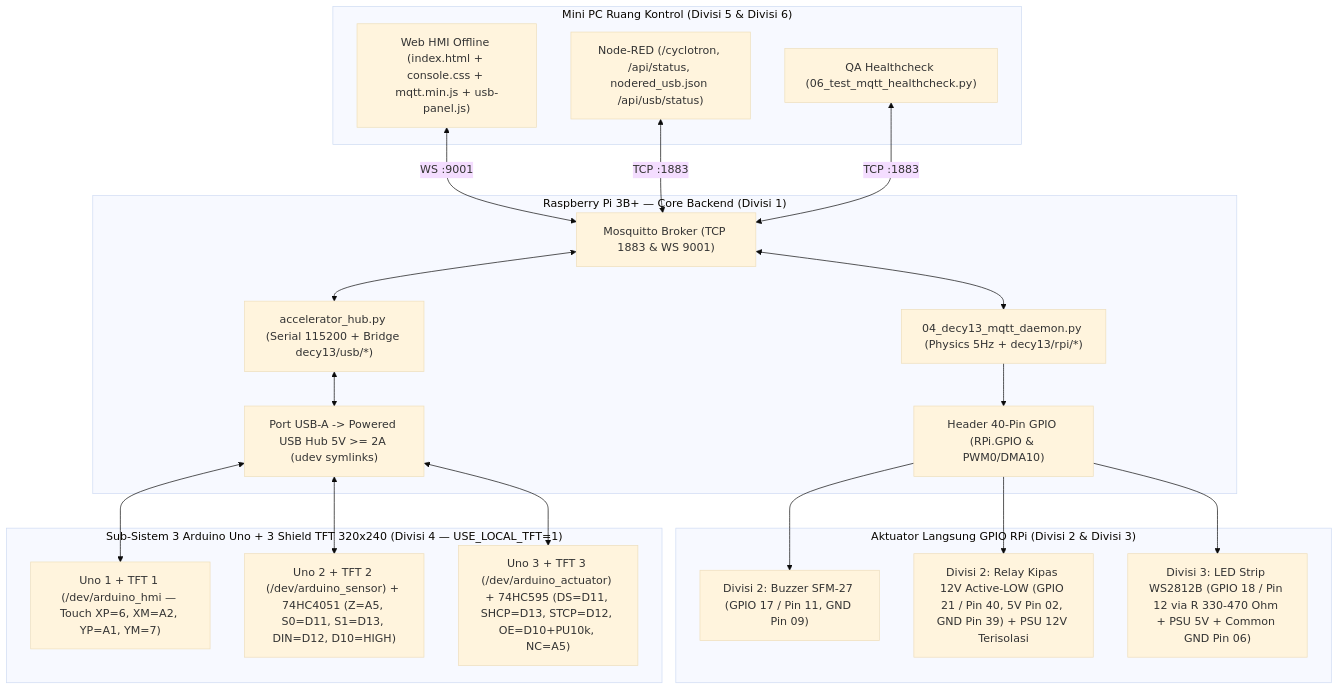
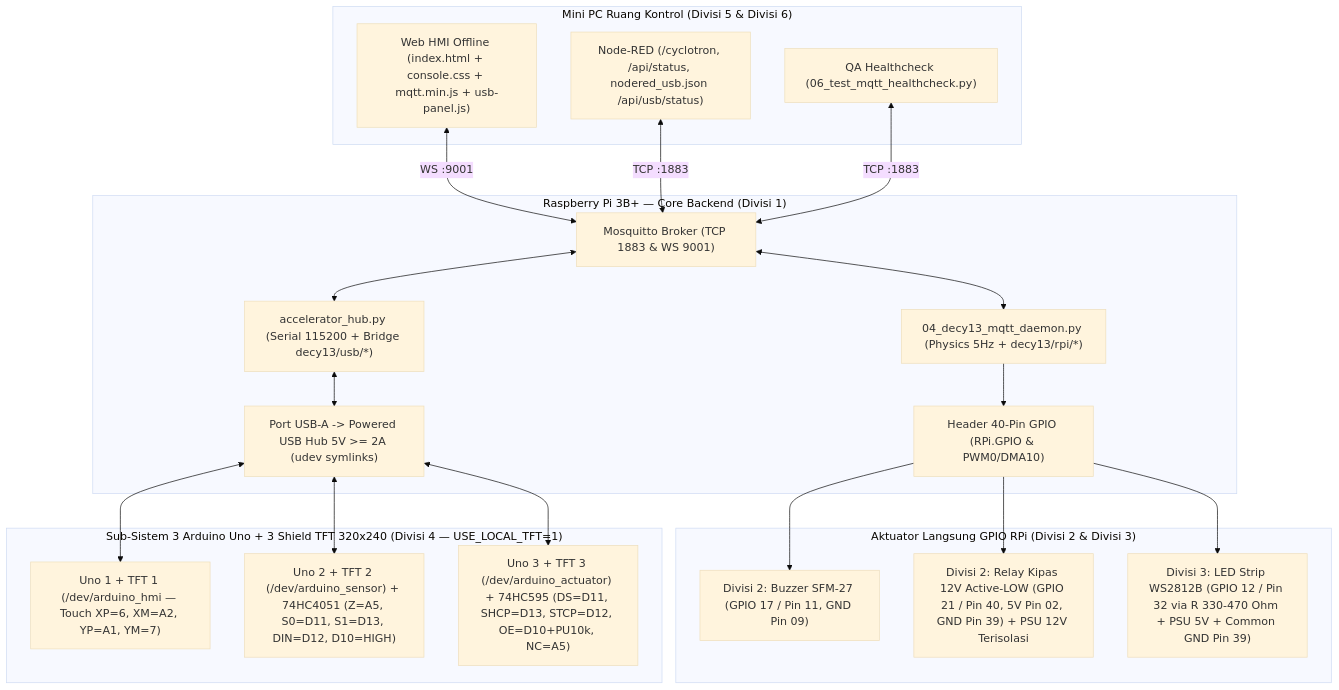
One commit to azfaaksan-hub/sp-aksel-polteknuklir changed the diagram in README.md. Above: the diagram before and after it, drawn with Mermaid (base theme). The commit also changed other lines of this file and 8 other files, not shown here.

Commit message:
fix(led,tools): selaraskan penuh GPIO 12 (Pin 32 pengganti Pin 12 rusak) dan anti-glitch LED OFF

````diff
--- a/README.md
+++ b/README.md
@@ -147,42 +147,42 @@
 ```mermaid
 flowchart TB
     subgraph MINIPC["Mini PC Ruang Kontrol (Divisi 5 & Divisi 6)"]
         HMI["Web HMI Offline (index.html + console.css + mqtt.min.js + usb-panel.js)"]
         NR["Node-RED (/cyclotron, /api/status, nodered_usb.json /api/usb/status)"]
         QA["QA Healthcheck (06_test_mqtt_healthcheck.py)"]
     end
 
     subgraph RPI["Raspberry Pi 3B+ — Core Backend (Divisi 1)"]
         MOSQ["Mosquitto Broker (TCP 1883 & WS 9001)"]
         DAEMON["04_decy13_mqtt_daemon.py (Physics 5Hz + decy13/rpi/*)"]
         USBHUB["accelerator_hub.py (Serial 115200 + Bridge decy13/usb/*)"]
         GPIO_BUS["Header 40-Pin GPIO (RPi.GPIO & PWM0/DMA10)"]
         USB_PORT["Port USB-A -> Powered USB Hub 5V >= 2A (udev symlinks)"]
     end
 
     subgraph HW_GPIO["Aktuator Langsung GPIO RPi (Divisi 2 & Divisi 3)"]
         BUZZ["Divisi 2: Buzzer SFM-27 (GPIO 17 / Pin 11, GND Pin 09)"]
         RELAY["Divisi 2: Relay Kipas 12V Active-LOW (GPIO 21 / Pin 40, 5V Pin 02, GND Pin 39) + PSU 12V Terisolasi"]
-        LED["Divisi 3: LED Strip WS2812B (GPIO 18 / Pin 12 via R 330-470 Ohm + PSU 5V + Common GND Pin 06)"]
+        LED["Divisi 3: LED Strip WS2812B (GPIO 12 / Pin 32 via R 330-470 Ohm + PSU 5V + Common GND Pin 39)"]
     end
 
     subgraph HW_UNO["Sub-Sistem 3 Arduino Uno + 3 Shield TFT 320x240 (Divisi 4 — USE_LOCAL_TFT=1)"]
         UNO1["Uno 1 + TFT 1 (/dev/arduino_hmi — Touch XP=6, XM=A2, YP=A1, YM=7)"]
         UNO2["Uno 2 + TFT 2 (/dev/arduino_sensor) + 74HC4051 (Z=A5, S0=D11, S1=D13, DIN=D12, D10=HIGH)"]
         UNO3["Uno 3 + TFT 3 (/dev/arduino_actuator) + 74HC595 (DS=D11, SHCP=D13, STCP=D12, OE=D10+PU10k, NC=A5)"]
     end
 
     HMI <-->|"WS :9001"| MOSQ
     NR <-->|"TCP :1883"| MOSQ
     QA <-->|"TCP :1883"| MOSQ
     MOSQ <--> DAEMON
     MOSQ <--> USBHUB
     DAEMON --> GPIO_BUS
     GPIO_BUS --> BUZZ
     GPIO_BUS --> RELAY
     GPIO_BUS --> LED
     USBHUB <--> USB_PORT
     USB_PORT <--> UNO1
     USB_PORT <--> UNO2
     USB_PORT <--> UNO3
 ```
````
